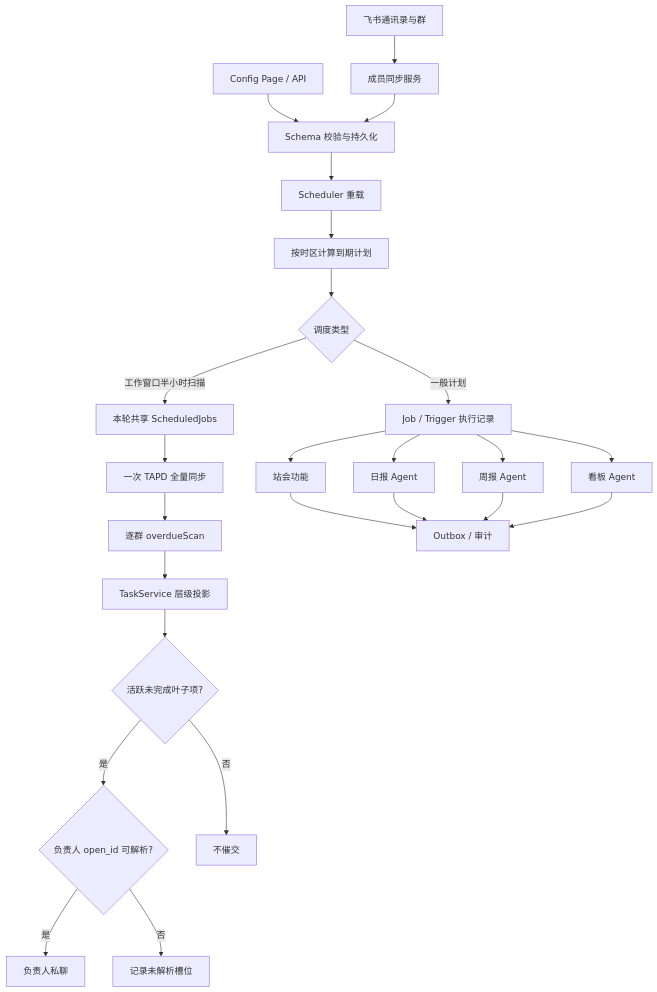
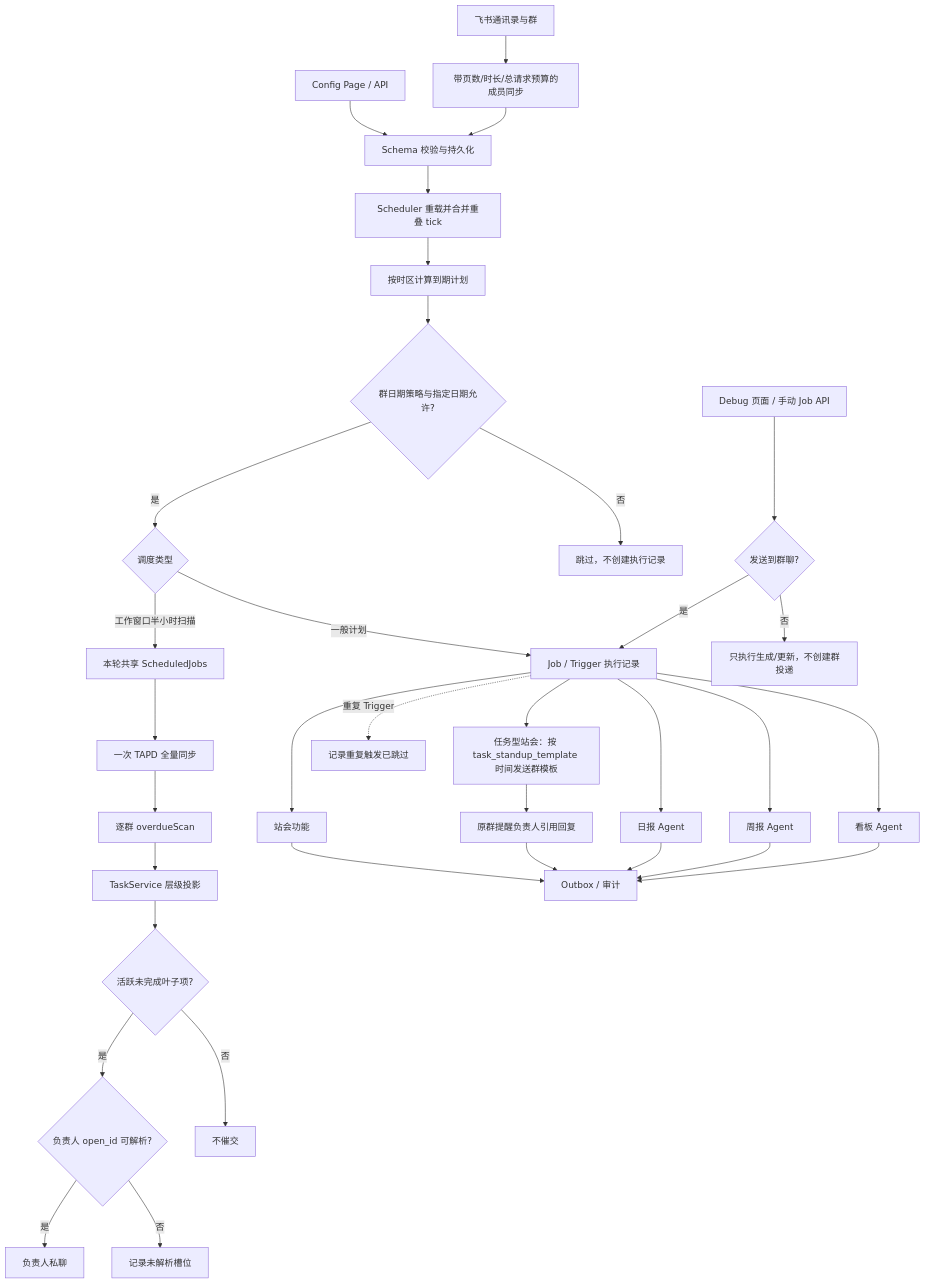
One commit to KlayPeter/AI-Delivery-Ops-Agent changed the diagram in backend/src/core/configuration-scheduling/FEATURE.md. Above: the diagram before and after it, drawn with Mermaid. The commit also changed other lines of this file and 80 other files, not shown here.

````diff
--- a/backend/src/core/configuration-scheduling/FEATURE.md
+++ b/backend/src/core/configuration-scheduling/FEATURE.md
@@ -21,27 +21,36 @@
 ```mermaid
 flowchart TD
     A["Config Page / API"] --> B["Schema 校验与持久化"]
-    C["飞书通讯录与群"] --> D["成员同步服务"]
+    C["飞书通讯录与群"] --> D["带页数/时长/总请求预算的成员同步"]
     D --> B
-    B --> E["Scheduler 重载"]
+    B --> E["Scheduler 重载并合并重叠 tick"]
     E --> F["按时区计算到期计划"]
-    F --> L{"调度类型"}
+    F --> HC{"群日期策略与指定日期允许?"}
+    HC -- "是" --> L{"调度类型"}
+    HC -- "否" --> HS["跳过，不创建执行记录"]
     L -- "一般计划" --> G["Job / Trigger 执行记录"]
     L -- "工作窗口半小时扫描" --> S["本轮共享 ScheduledJobs"]
     S --> T["一次 TAPD 全量同步"]
     T --> M["逐群 overdueScan"]
     M --> P["TaskService 层级投影"]
     P --> Q{"活跃未完成叶子项?"}
     Q -- "是" --> V{"负责人 open_id 可解析?"}
     Q -- "否" --> R["不催交"]
     V -- "是" --> N["负责人私聊"]
     V -- "否" --> U["记录未解析槽位"]
     G --> H["站会功能"]
     G --> I["日报 Agent"]
     G --> W["周报 Agent"]
     G --> J["看板 Agent"]
+    D2["Debug 页面 / 手动 Job API"] --> G2{"发送到群聊?"}
+    G2 -- "是" --> G
+    G2 -- "否" --> U2["只执行生成/更新，不创建群投递"]
     H --> K["Outbox / 审计"]
+    G --> TS["任务型站会：按 task_standup_template 时间发送群模板"]
+    TS --> TR["原群提醒负责人引用回复"]
+    TR --> K
     I --> K
     W --> K
     J --> K
+    G -. "重复 Trigger" .-> X["记录重复触发已跳过"]
 ```
````
